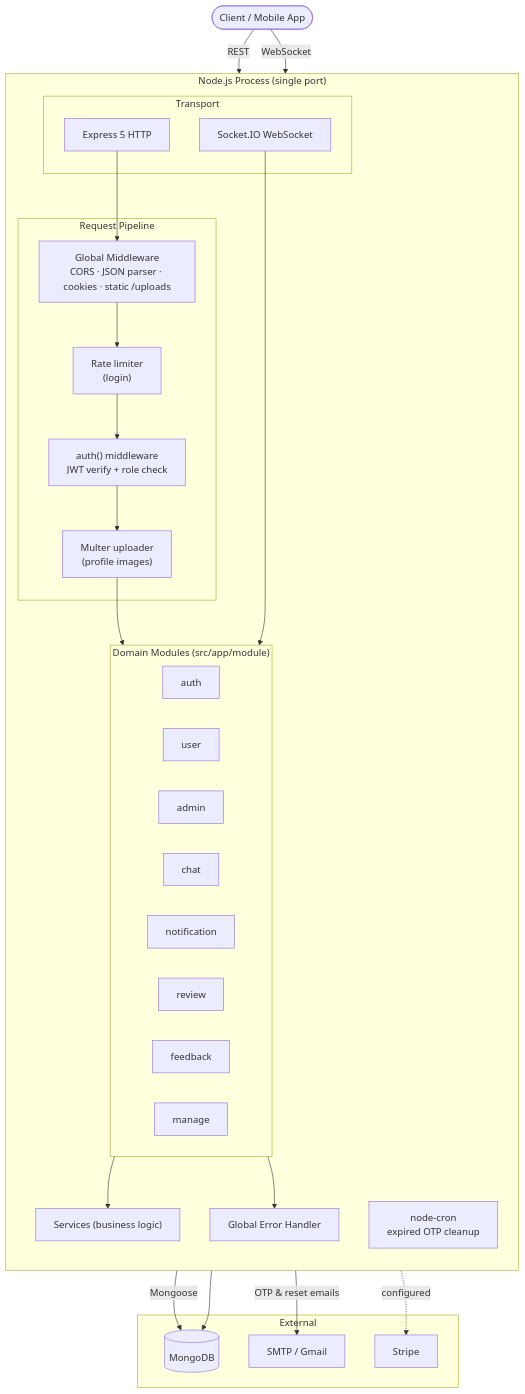
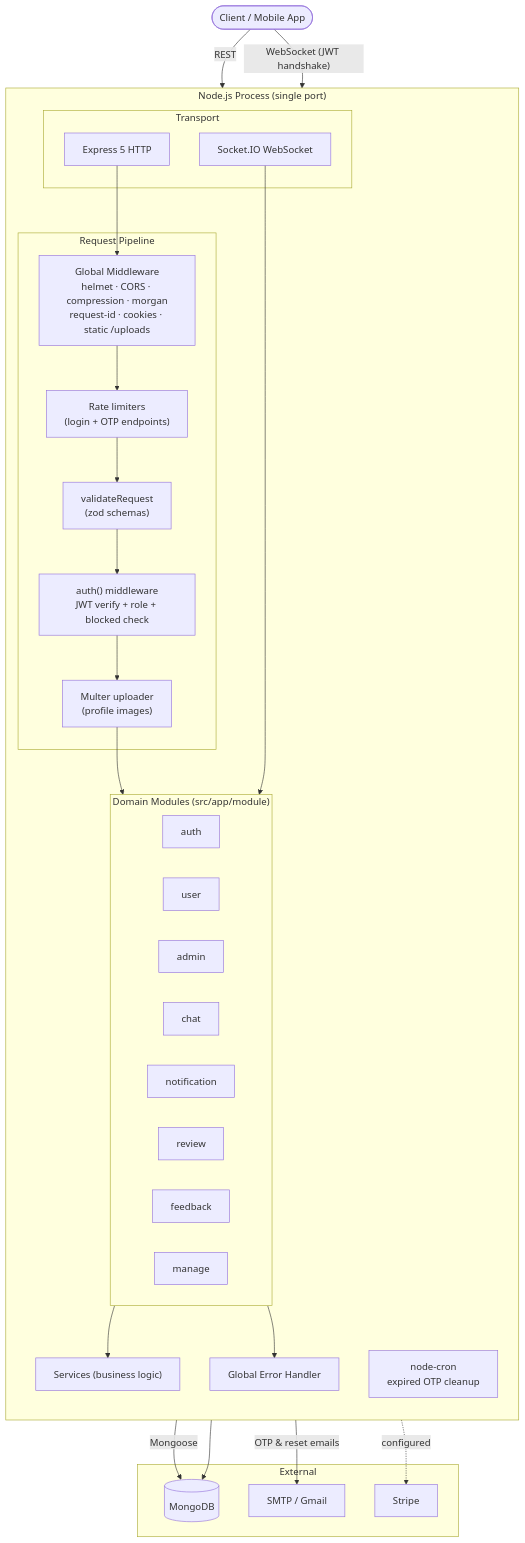
The first of 3 diagrams in README.md (ThakurSaad/server-setup-template-updated), drawn with Mermaid before and after one commit. The commit also changed other lines of this file and 88 other files, not shown here.

````diff
--- a/README.md
+++ b/README.md
@@ -63,49 +70,50 @@
 ```mermaid
 flowchart TD
     Client([Client / Mobile App])
 
     subgraph Server["Node.js Process (single port)"]
         direction TB
         subgraph Transport
             HTTP[Express 5 HTTP]
             WS[Socket.IO WebSocket]
         end
 
         subgraph Pipeline["Request Pipeline"]
-            MW["Global Middleware<br/>CORS · JSON parser · cookies · static /uploads"]
-            AUTH["auth() middleware<br/>JWT verify + role check"]
-            RL["Rate limiter<br/>(login)"]
+            MW["Global Middleware<br/>helmet · CORS · compression · morgan<br/>request-id · cookies · static /uploads"]
+            RL["Rate limiters<br/>(login + OTP endpoints)"]
+            VAL["validateRequest<br/>(zod schemas)"]
+            AUTH["auth() middleware<br/>JWT verify + role + blocked check"]
             UP["Multer uploader<br/>(profile images)"]
         end
 
         subgraph Modules["Domain Modules (src/app/module)"]
             A[auth]
             U[user]
             AD[admin]
             CH[chat]
             NO[notification]
             RV[review]
             FB[feedback]
             MG[manage]
         end
 
         SVC["Services (business logic)"]
         GEH["Global Error Handler"]
         CRON["node-cron<br/>expired OTP cleanup"]
     end
 
     subgraph External
         DB[(MongoDB)]
         SMTP[SMTP / Gmail]
         STRIPE[Stripe]
     end
 
-    Client -->|REST| HTTP --> MW --> RL --> AUTH --> UP --> Modules
-    Client -->|WebSocket| WS --> Modules
+    Client -->|REST| HTTP --> MW --> RL --> VAL --> AUTH --> UP --> Modules
+    Client -->|"WebSocket (JWT handshake)"| WS --> Modules
     Modules --> SVC
     SVC -->|Mongoose| DB
     SVC -->|OTP & reset emails| SMTP
     SVC -.->|configured| STRIPE
     Modules --> GEH
     CRON --> DB
 ```
````
